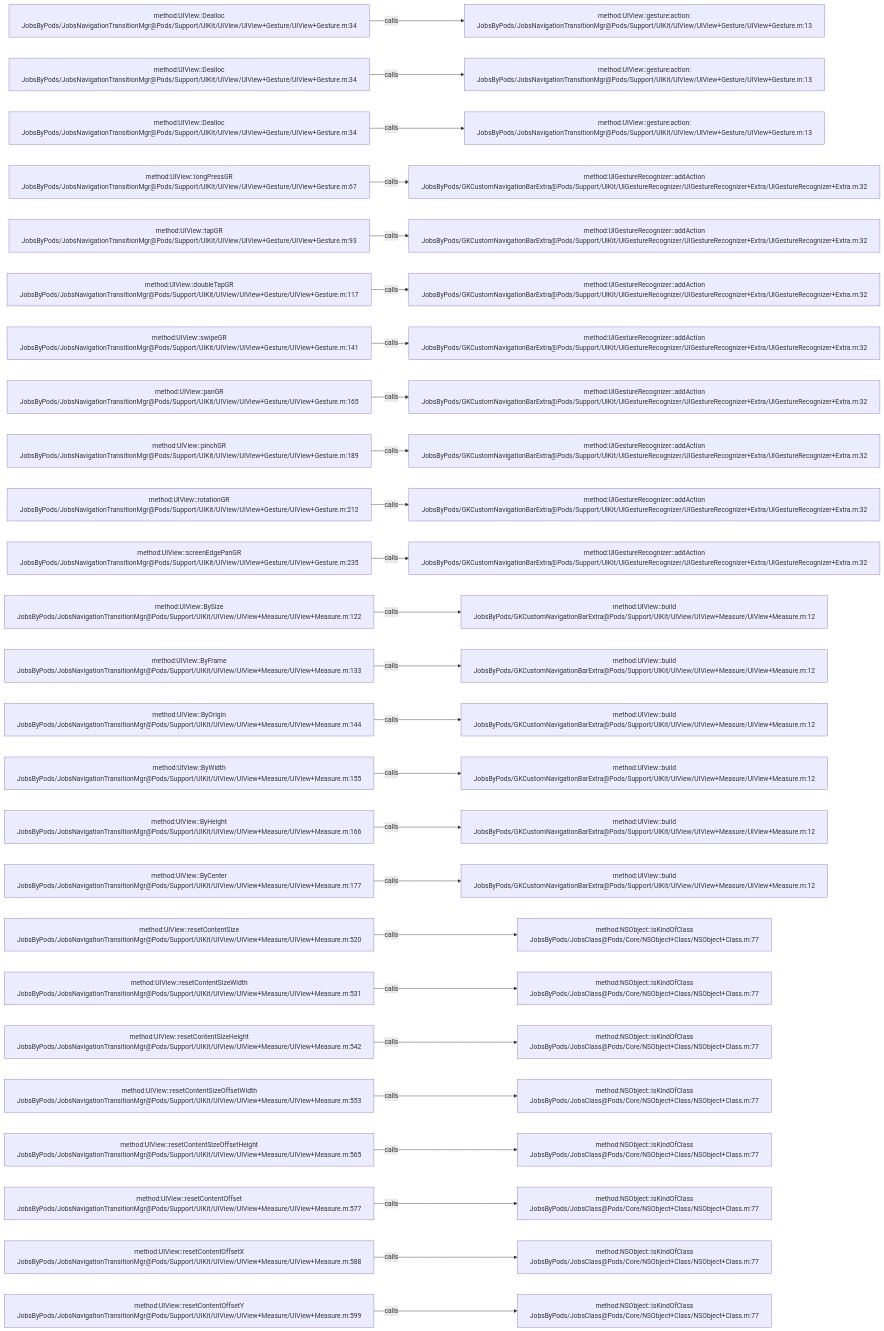
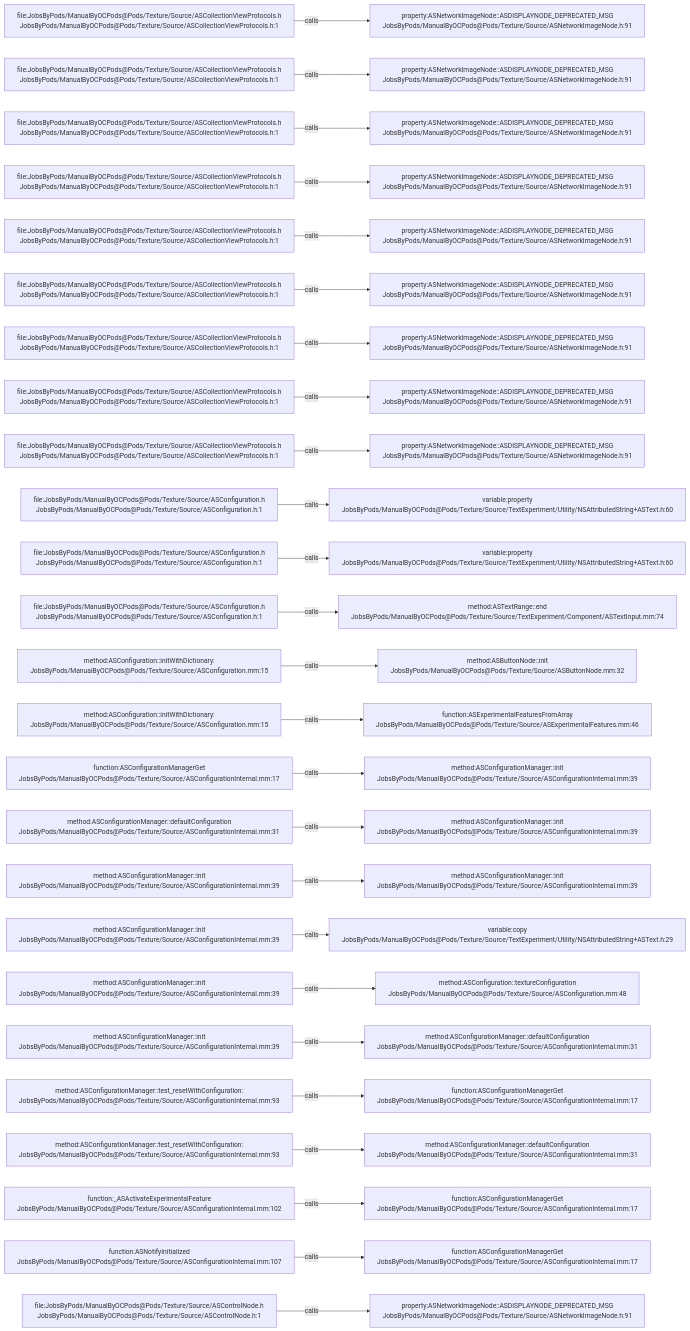
Before and after one commit to JobsKits/JobsOCBaseConfigDemo: the diagram in .codegraph/codegraph.md/graphs/calls-093.md, drawn with Mermaid. The commit also changed 2162 other files, not shown here.

````diff
--- a/.codegraph/codegraph.md/graphs/calls-093.md
+++ b/.codegraph/codegraph.md/graphs/calls-093.md
@@ -13,78 +13,78 @@
 ```mermaid
 flowchart LR
-  S1["method:UIView::Dealloc<br/>JobsByPods/JobsNavigationTransitionMgr@Pods/Support/UIKit/UIView/UIView+Gesture/UIView+Gesture.m:34"]
-  T1["method:UIView::gesture:action:<br/>JobsByPods/JobsNavigationTransitionMgr@Pods/Support/UIKit/UIView/UIView+Gesture/UIView+Gesture.m:13"]
+  S1["file:JobsByPods/ManualByOCPods@Pods/Texture/Source/ASCollectionViewProtocols.h<br/>JobsByPods/ManualByOCPods@Pods/Texture/Source/ASCollectionViewProtocols.h:1"]
+  T1["property:ASNetworkImageNode::ASDISPLAYNODE_DEPRECATED_MSG<br/>JobsByPods/ManualByOCPods@Pods/Texture/Source/ASNetworkImageNode.h:91"]
   S1 -->|calls| T1
-  S2["method:UIView::Dealloc<br/>JobsByPods/JobsNavigationTransitionMgr@Pods/Support/UIKit/UIView/UIView+Gesture/UIView+Gesture.m:34"]
-  T2["method:UIView::gesture:action:<br/>JobsByPods/JobsNavigationTransitionMgr@Pods/Support/UIKit/UIView/UIView+Gesture/UIView+Gesture.m:13"]
+  S2["file:JobsByPods/ManualByOCPods@Pods/Texture/Source/ASCollectionViewProtocols.h<br/>JobsByPods/ManualByOCPods@Pods/Texture/Source/ASCollectionViewProtocols.h:1"]
+  T2["property:ASNetworkImageNode::ASDISPLAYNODE_DEPRECATED_MSG<br/>JobsByPods/ManualByOCPods@Pods/Texture/Source/ASNetworkImageNode.h:91"]
   S2 -->|calls| T2
-  S3["method:UIView::Dealloc<br/>JobsByPods/JobsNavigationTransitionMgr@Pods/Support/UIKit/UIView/UIView+Gesture/UIView+Gesture.m:34"]
-  T3["method:UIView::gesture:action:<br/>JobsByPods/JobsNavigationTransitionMgr@Pods/Support/UIKit/UIView/UIView+Gesture/UIView+Gesture.m:13"]
+  S3["file:JobsByPods/ManualByOCPods@Pods/Texture/Source/ASCollectionViewProtocols.h<br/>JobsByPods/ManualByOCPods@Pods/Texture/Source/ASCollectionViewProtocols.h:1"]
+  T3["property:ASNetworkImageNode::ASDISPLAYNODE_DEPRECATED_MSG<br/>JobsByPods/ManualByOCPods@Pods/Texture/Source/ASNetworkImageNode.h:91"]
   S3 -->|calls| T3
-  S4["method:UIView::longPressGR<br/>JobsByPods/JobsNavigationTransitionMgr@Pods/Support/UIKit/UIView/UIView+Gesture/UIView+Gesture.m:67"]
-  T4["method:UIGestureRecognizer::addAction<br/>JobsByPods/GKCustomNavigationBarExtra@Pods/Support/UIKit/UIGestureRecognizer/UIGestureRecognizer+Extra/UIGestureRecognizer+Extra.m:32"]
+  S4["file:JobsByPods/ManualByOCPods@Pods/Texture/Source/ASCollectionViewProtocols.h<br/>JobsByPods/ManualByOCPods@Pods/Texture/Source/ASCollectionViewProtocols.h:1"]
+  T4["property:ASNetworkImageNode::ASDISPLAYNODE_DEPRECATED_MSG<br/>JobsByPods/ManualByOCPods@Pods/Texture/Source/ASNetworkImageNode.h:91"]
   S4 -->|calls| T4
-  S5["method:UIView::tapGR<br/>JobsByPods/JobsNavigationTransitionMgr@Pods/Support/UIKit/UIView/UIView+Gesture/UIView+Gesture.m:93"]
-  T5["method:UIGestureRecognizer::addAction<br/>JobsByPods/GKCustomNavigationBarExtra@Pods/Support/UIKit/UIGestureRecognizer/UIGestureRecognizer+Extra/UIGestureRecognizer+Extra.m:32"]
+  S5["file:JobsByPods/ManualByOCPods@Pods/Texture/Source/ASCollectionViewProtocols.h<br/>JobsByPods/ManualByOCPods@Pods/Texture/Source/ASCollectionViewProtocols.h:1"]
+  T5["property:ASNetworkImageNode::ASDISPLAYNODE_DEPRECATED_MSG<br/>JobsByPods/ManualByOCPods@Pods/Texture/Source/ASNetworkImageNode.h:91"]
   S5 -->|calls| T5
-  S6["method:UIView::doubleTapGR<br/>JobsByPods/JobsNavigationTransitionMgr@Pods/Support/UIKit/UIView/UIView+Gesture/UIView+Gesture.m:117"]
-  T6["method:UIGestureRecognizer::addAction<br/>JobsByPods/GKCustomNavigationBarExtra@Pods/Support/UIKit/UIGestureRecognizer/UIGestureRecognizer+Extra/UIGestureRecognizer+Extra.m:32"]
+  S6["file:JobsByPods/ManualByOCPods@Pods/Texture/Source/ASCollectionViewProtocols.h<br/>JobsByPods/ManualByOCPods@Pods/Texture/Source/ASCollectionViewProtocols.h:1"]
+  T6["property:ASNetworkImageNode::ASDISPLAYNODE_DEPRECATED_MSG<br/>JobsByPods/ManualByOCPods@Pods/Texture/Source/ASNetworkImageNode.h:91"]
   S6 -->|calls| T6
-  S7["method:UIView::swipeGR<br/>JobsByPods/JobsNavigationTransitionMgr@Pods/Support/UIKit/UIView/UIView+Gesture/UIView+Gesture.m:141"]
-  T7["method:UIGestureRecognizer::addAction<br/>JobsByPods/GKCustomNavigationBarExtra@Pods/Support/UIKit/UIGestureRecognizer/UIGestureRecognizer+Extra/UIGestureRecognizer+Extra.m:32"]
+  S7["file:JobsByPods/ManualByOCPods@Pods/Texture/Source/ASCollectionViewProtocols.h<br/>JobsByPods/ManualByOCPods@Pods/Texture/Source/ASCollectionViewProtocols.h:1"]
+  T7["property:ASNetworkImageNode::ASDISPLAYNODE_DEPRECATED_MSG<br/>JobsByPods/ManualByOCPods@Pods/Texture/Source/ASNetworkImageNode.h:91"]
   S7 -->|calls| T7
-  S8["method:UIView::panGR<br/>JobsByPods/JobsNavigationTransitionMgr@Pods/Support/UIKit/UIView/UIView+Gesture/UIView+Gesture.m:165"]
-  T8["method:UIGestureRecognizer::addAction<br/>JobsByPods/GKCustomNavigationBarExtra@Pods/Support/UIKit/UIGestureRecognizer/UIGestureRecognizer+Extra/UIGestureRecognizer+Extra.m:32"]
+  S8["file:JobsByPods/ManualByOCPods@Pods/Texture/Source/ASCollectionViewProtocols.h<br/>JobsByPods/ManualByOCPods@Pods/Texture/Source/ASCollectionViewProtocols.h:1"]
+  T8["property:ASNetworkImageNode::ASDISPLAYNODE_DEPRECATED_MSG<br/>JobsByPods/ManualByOCPods@Pods/Texture/Source/ASNetworkImageNode.h:91"]
   S8 -->|calls| T8
-  S9["method:UIView::pinchGR<br/>JobsByPods/JobsNavigationTransitionMgr@Pods/Support/UIKit/UIView/UIView+Gesture/UIView+Gesture.m:189"]
-  T9["method:UIGestureRecognizer::addAction<br/>JobsByPods/GKCustomNavigationBarExtra@Pods/Support/UIKit/UIGestureRecognizer/UIGestureRecognizer+Extra/UIGestureRecognizer+Extra.m:32"]
+  S9["file:JobsByPods/ManualByOCPods@Pods/Texture/Source/ASCollectionViewProtocols.h<br/>JobsByPods/ManualByOCPods@Pods/Texture/Source/ASCollectionViewProtocols.h:1"]
+  T9["property:ASNetworkImageNode::ASDISPLAYNODE_DEPRECATED_MSG<br/>JobsByPods/ManualByOCPods@Pods/Texture/Source/ASNetworkImageNode.h:91"]
   S9 -->|calls| T9
-  S10["method:UIView::rotationGR<br/>JobsByPods/JobsNavigationTransitionMgr@Pods/Support/UIKit/UIView/UIView+Gesture/UIView+Gesture.m:212"]
-  T10["method:UIGestureRecognizer::addAction<br/>JobsByPods/GKCustomNavigationBarExtra@Pods/Support/UIKit/UIGestureRecognizer/UIGestureRecognizer+Extra/UIGestureRecognizer+Extra.m:32"]
+  S10["file:JobsByPods/ManualByOCPods@Pods/Texture/Source/ASConfiguration.h<br/>JobsByPods/ManualByOCPods@Pods/Texture/Source/ASConfiguration.h:1"]
+  T10["variable:property<br/>JobsByPods/ManualByOCPods@Pods/Texture/Source/TextExperiment/Utility/NSAttributedString+ASText.h:60"]
   S10 -->|calls| T10
-  S11["method:UIView::screenEdgePanGR<br/>JobsByPods/JobsNavigationTransitionMgr@Pods/Support/UIKit/UIView/UIView+Gesture/UIView+Gesture.m:235"]
-  T11["method:UIGestureRecognizer::addAction<br/>JobsByPods/GKCustomNavigationBarExtra@Pods/Support/UIKit/UIGestureRecognizer/UIGestureRecognizer+Extra/UIGestureRecognizer+Extra.m:32"]
+  S11["file:JobsByPods/ManualByOCPods@Pods/Texture/Source/ASConfiguration.h<br/>JobsByPods/ManualByOCPods@Pods/Texture/Source/ASConfiguration.h:1"]
+  T11["variable:property<br/>JobsByPods/ManualByOCPods@Pods/Texture/Source/TextExperiment/Utility/NSAttributedString+ASText.h:60"]
   S11 -->|calls| T11
-  S12["method:UIView::BySize<br/>JobsByPods/JobsNavigationTransitionMgr@Pods/Support/UIKit/UIView/UIView+Measure/UIView+Measure.m:122"]
-  T12["method:UIView::build<br/>JobsByPods/GKCustomNavigationBarExtra@Pods/Support/UIKit/UIView/UIView+Measure/UIView+Measure.m:12"]
+  S12["file:JobsByPods/ManualByOCPods@Pods/Texture/Source/ASConfiguration.h<br/>JobsByPods/ManualByOCPods@Pods/Texture/Source/ASConfiguration.h:1"]
+  T12["method:ASTextRange::end<br/>JobsByPods/ManualByOCPods@Pods/Texture/Source/TextExperiment/Component/ASTextInput.mm:74"]
   S12 -->|calls| T12
-  S13["method:UIView::ByFrame<br/>JobsByPods/JobsNavigationTransitionMgr@Pods/Support/UIKit/UIView/UIView+Measure/UIView+Measure.m:133"]
-  T13["method:UIView::build<br/>JobsByPods/GKCustomNavigationBarExtra@Pods/Support/UIKit/UIView/UIView+Measure/UIView+Measure.m:12"]
+  S13["method:ASConfiguration::initWithDictionary:<br/>JobsByPods/ManualByOCPods@Pods/Texture/Source/ASConfiguration.mm:15"]
+  T13["method:ASButtonNode::init<br/>JobsByPods/ManualByOCPods@Pods/Texture/Source/ASButtonNode.mm:32"]
   S13 -->|calls| T13
-  S14["method:UIView::ByOrigin<br/>JobsByPods/JobsNavigationTransitionMgr@Pods/Support/UIKit/UIView/UIView+Measure/UIView+Measure.m:144"]
-  T14["method:UIView::build<br/>JobsByPods/GKCustomNavigationBarExtra@Pods/Support/UIKit/UIView/UIView+Measure/UIView+Measure.m:12"]
+  S14["method:ASConfiguration::initWithDictionary:<br/>JobsByPods/ManualByOCPods@Pods/Texture/Source/ASConfiguration.mm:15"]
+  T14["function:ASExperimentalFeaturesFromArray<br/>JobsByPods/ManualByOCPods@Pods/Texture/Source/ASExperimentalFeatures.mm:46"]
   S14 -->|calls| T14
-  S15["method:UIView::ByWidth<br/>JobsByPods/JobsNavigationTransitionMgr@Pods/Support/UIKit/UIView/UIView+Measure/UIView+Measure.m:155"]
-  T15["method:UIView::build<br/>JobsByPods/GKCustomNavigationBarExtra@Pods/Support/UIKit/UIView/UIView+Measure/UIView+Measure.m:12"]
+  S15["function:ASConfigurationManagerGet<br/>JobsByPods/ManualByOCPods@Pods/Texture/Source/ASConfigurationInternal.mm:17"]
+  T15["method:ASConfigurationManager::init<br/>JobsByPods/ManualByOCPods@Pods/Texture/Source/ASConfigurationInternal.mm:39"]
   S15 -->|calls| T15
-  S16["method:UIView::ByHeight<br/>JobsByPods/JobsNavigationTransitionMgr@Pods/Support/UIKit/UIView/UIView+Measure/UIView+Measure.m:166"]
-  T16["method:UIView::build<br/>JobsByPods/GKCustomNavigationBarExtra@Pods/Support/UIKit/UIView/UIView+Measure/UIView+Measure.m:12"]
+  S16["method:ASConfigurationManager::defaultConfiguration<br/>JobsByPods/ManualByOCPods@Pods/Texture/Source/ASConfigurationInternal.mm:31"]
+  T16["method:ASConfigurationManager::init<br/>JobsByPods/ManualByOCPods@Pods/Texture/Source/ASConfigurationInternal.mm:39"]
   S16 -->|calls| T16
-  S17["method:UIView::ByCenter<br/>JobsByPods/JobsNavigationTransitionMgr@Pods/Support/UIKit/UIView/UIView+Measure/UIView+Measure.m:177"]
-  T17["method:UIView::build<br/>JobsByPods/GKCustomNavigationBarExtra@Pods/Support/UIKit/UIView/UIView+Measure/UIView+Measure.m:12"]
+  S17["method:ASConfigurationManager::init<br/>JobsByPods/ManualByOCPods@Pods/Texture/Source/ASConfigurationInternal.mm:39"]
+  T17["method:ASConfigurationManager::init<br/>JobsByPods/ManualByOCPods@Pods/Texture/Source/ASConfigurationInternal.mm:39"]
   S17 -->|calls| T17
-  S18["method:UIView::resetContentSize<br/>JobsByPods/JobsNavigationTransitionMgr@Pods/Support/UIKit/UIView/UIView+Measure/UIView+Measure.m:520"]
-  T18["method:NSObject::isKindOfClass<br/>JobsByPods/JobsClass@Pods/Core/NSObject+Class/NSObject+Class.m:77"]
+  S18["method:ASConfigurationManager::init<br/>JobsByPods/ManualByOCPods@Pods/Texture/Source/ASConfigurationInternal.mm:39"]
+  T18["variable:copy<br/>JobsByPods/ManualByOCPods@Pods/Texture/Source/TextExperiment/Utility/NSAttributedString+ASText.h:29"]
   S18 -->|calls| T18
-  S19["method:UIView::resetContentSizeWidth<br/>JobsByPods/JobsNavigationTransitionMgr@Pods/Support/UIKit/UIView/UIView+Measure/UIView+Measure.m:531"]
-  T19["method:NSObject::isKindOfClass<br/>JobsByPods/JobsClass@Pods/Core/NSObject+Class/NSObject+Class.m:77"]
+  S19["method:ASConfigurationManager::init<br/>JobsByPods/ManualByOCPods@Pods/Texture/Source/ASConfigurationInternal.mm:39"]
+  T19["method:ASConfiguration::textureConfiguration<br/>JobsByPods/ManualByOCPods@Pods/Texture/Source/ASConfiguration.mm:48"]
   S19 -->|calls| T19
-  S20["method:UIView::resetContentSizeHeight<br/>JobsByPods/JobsNavigationTransitionMgr@Pods/Support/UIKit/UIView/UIView+Measure/UIView+Measure.m:542"]
-  T20["method:NSObject::isKindOfClass<br/>JobsByPods/JobsClass@Pods/Core/NSObject+Class/NSObject+Class.m:77"]
+  S20["method:ASConfigurationManager::init<br/>JobsByPods/ManualByOCPods@Pods/Texture/Source/ASConfigurationInternal.mm:39"]
+  T20["method:ASConfigurationManager::defaultConfiguration<br/>JobsByPods/ManualByOCPods@Pods/Texture/Source/ASConfigurationInternal.mm:31"]
   S20 -->|calls| T20
-  S21["method:UIView::resetContentSizeOffsetWidth<br/>JobsByPods/JobsNavigationTransitionMgr@Pods/Support/UIKit/UIView/UIView+Measure/UIView+Measure.m:553"]
-  T21["method:NSObject::isKindOfClass<br/>JobsByPods/JobsClass@Pods/Core/NSObject+Class/NSObject+Class.m:77"]
+  S21["method:ASConfigurationManager::test_resetWithConfiguration:<br/>JobsByPods/ManualByOCPods@Pods/Texture/Source/ASConfigurationInternal.mm:93"]
+  T21["function:ASConfigurationManagerGet<br/>JobsByPods/ManualByOCPods@Pods/Texture/Source/ASConfigurationInternal.mm:17"]
   S21 -->|calls| T21
-  S22["method:UIView::resetContentSizeOffsetHeight<br/>JobsByPods/JobsNavigationTransitionMgr@Pods/Support/UIKit/UIView/UIView+Measure/UIView+Measure.m:565"]
-  T22["method:NSObject::isKindOfClass<br/>JobsByPods/JobsClass@Pods/Core/NSObject+Class/NSObject+Class.m:77"]
+  S22["method:ASConfigurationManager::test_resetWithConfiguration:<br/>JobsByPods/ManualByOCPods@Pods/Texture/Source/ASConfigurationInternal.mm:93"]
+  T22["method:ASConfigurationManager::defaultConfiguration<br/>JobsByPods/ManualByOCPods@Pods/Texture/Source/ASConfigurationInternal.mm:31"]
   S22 -->|calls| T22
-  S23["method:UIView::resetContentOffset<br/>JobsByPods/JobsNavigationTransitionMgr@Pods/Support/UIKit/UIView/UIView+Measure/UIView+Measure.m:577"]
-  T23["method:NSObject::isKindOfClass<br/>JobsByPods/JobsClass@Pods/Core/NSObject+Class/NSObject+Class.m:77"]
+  S23["function:_ASActivateExperimentalFeature<br/>JobsByPods/ManualByOCPods@Pods/Texture/Source/ASConfigurationInternal.mm:102"]
+  T23["function:ASConfigurationManagerGet<br/>JobsByPods/ManualByOCPods@Pods/Texture/Source/ASConfigurationInternal.mm:17"]
   S23 -->|calls| T23
-  S24["method:UIView::resetContentOffsetX<br/>JobsByPods/JobsNavigationTransitionMgr@Pods/Support/UIKit/UIView/UIView+Measure/UIView+Measure.m:588"]
-  T24["method:NSObject::isKindOfClass<br/>JobsByPods/JobsClass@Pods/Core/NSObject+Class/NSObject+Class.m:77"]
+  S24["function:ASNotifyInitialized<br/>JobsByPods/ManualByOCPods@Pods/Texture/Source/ASConfigurationInternal.mm:107"]
+  T24["function:ASConfigurationManagerGet<br/>JobsByPods/ManualByOCPods@Pods/Texture/Source/ASConfigurationInternal.mm:17"]
   S24 -->|calls| T24
-  S25["method:UIView::resetContentOffsetY<br/>JobsByPods/JobsNavigationTransitionMgr@Pods/Support/UIKit/UIView/UIView+Measure/UIView+Measure.m:599"]
-  T25["method:NSObject::isKindOfClass<br/>JobsByPods/JobsClass@Pods/Core/NSObject+Class/NSObject+Class.m:77"]
+  S25["file:JobsByPods/ManualByOCPods@Pods/Texture/Source/ASControlNode.h<br/>JobsByPods/ManualByOCPods@Pods/Texture/Source/ASControlNode.h:1"]
+  T25["property:ASNetworkImageNode::ASDISPLAYNODE_DEPRECATED_MSG<br/>JobsByPods/ManualByOCPods@Pods/Texture/Source/ASNetworkImageNode.h:91"]
   S25 -->|calls| T25
 ```
````
